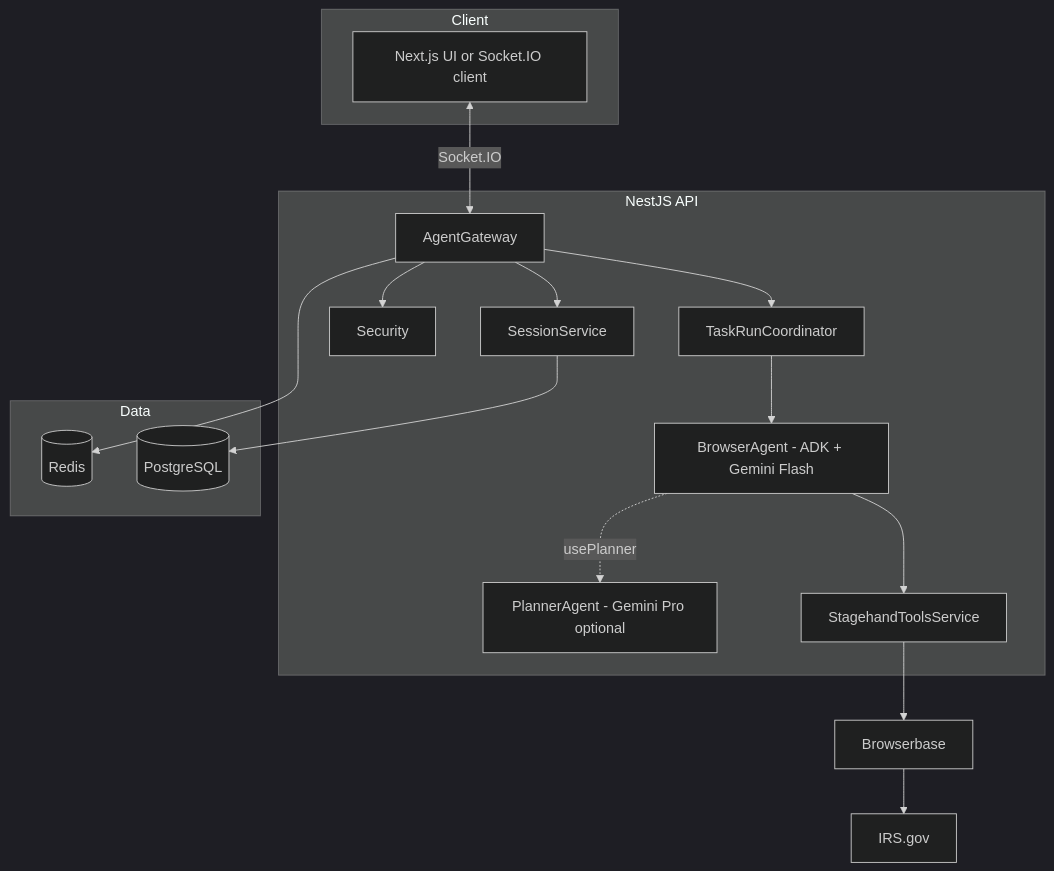
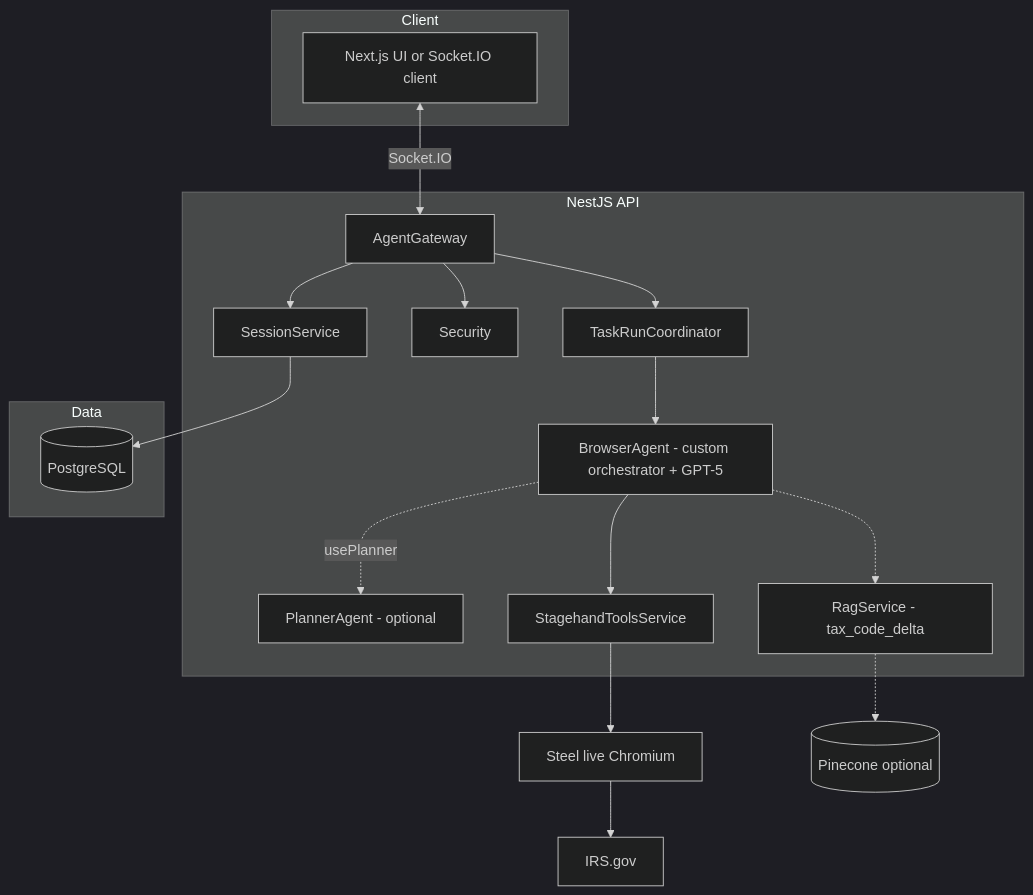
The diagram in README.md (Michaeljogoh/minerva-api), drawn with Mermaid (dark theme) before and after one commit. The commit also changed other lines of this file and 69 other files, not shown here.

````diff
--- a/README.md
+++ b/README.md
@@ -21,33 +25,34 @@
 ```mermaid
 flowchart TB
   subgraph client [Client]
     UI[Next.js UI or Socket.IO client]
   end
 
   subgraph api [NestJS API]
     GW[AgentGateway]
     TC[TaskRunCoordinator]
-    BA[BrowserAgent - ADK + Gemini Flash]
-    PA[PlannerAgent - Gemini Pro optional]
+    BA[BrowserAgent - custom orchestrator + GPT-5]
+    PA[PlannerAgent - optional]
     ST[StagehandToolsService]
     SEC[Security]
     REP[SessionService]
+    RAG[RagService - tax_code_delta]
   end
 
   subgraph data [Data]
-    R[(Redis)]
     PG[(PostgreSQL)]
   end
 
-  BB[Browserbase]
+  STL[Steel live Chromium]
   IRS[IRS.gov]
+  PC[(Pinecone optional)]
 
   UI <-->|Socket.IO| GW
   GW --> TC --> BA
   BA -.->|usePlanner| PA
-  BA --> ST --> BB
-  BB --> IRS
+  BA --> ST --> STL
+  STL --> IRS
+  BA -.-> RAG -.-> PC
   GW --> SEC
-  GW --> R
   GW --> REP --> PG
 ```
````
